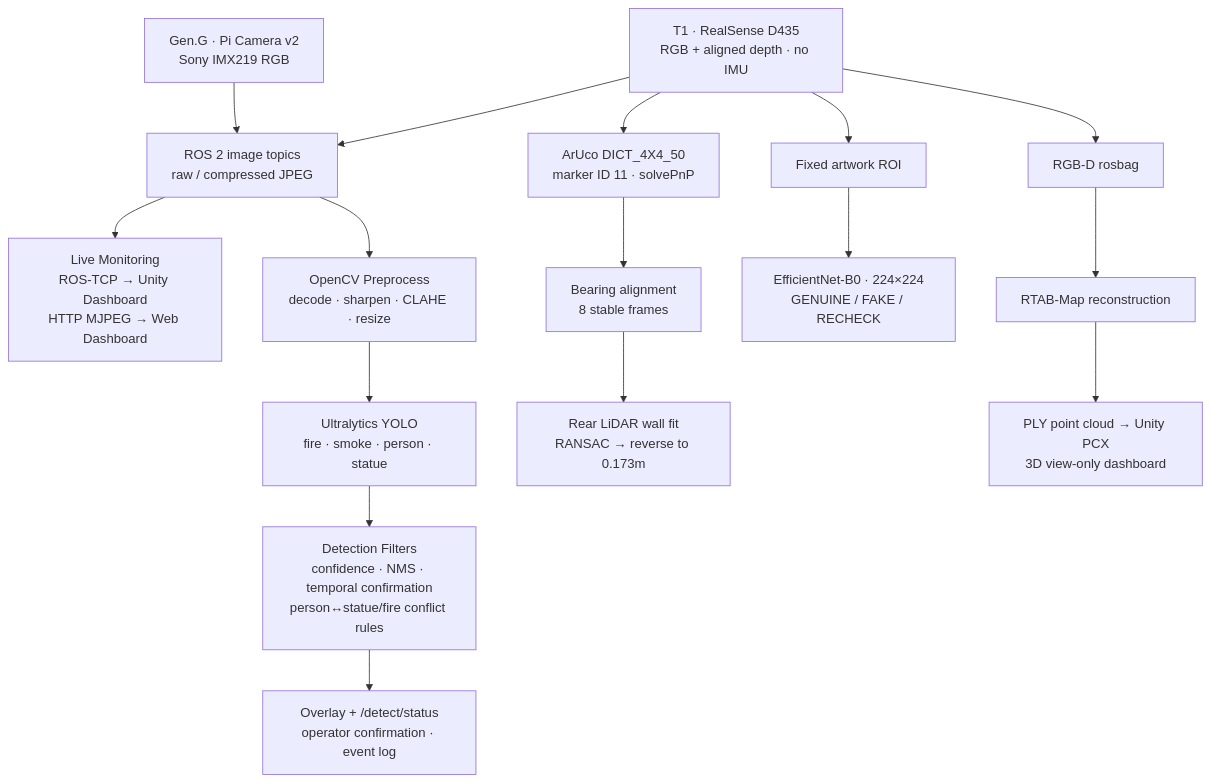
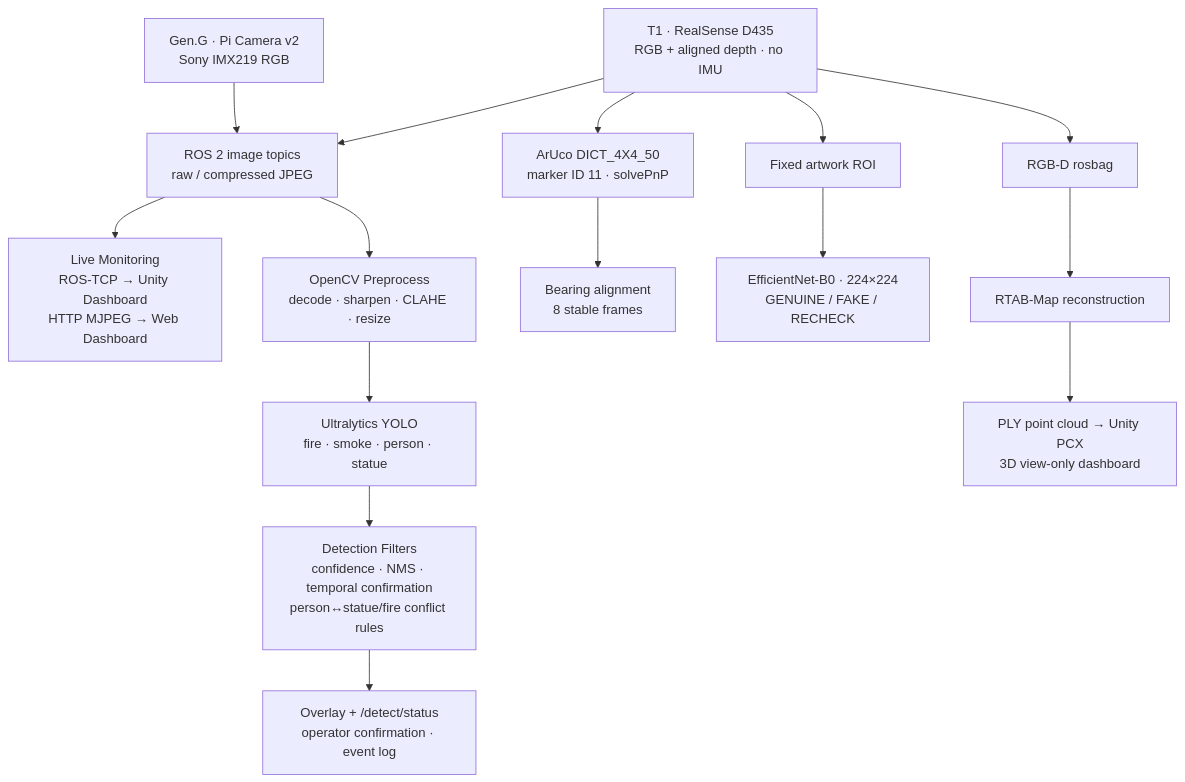
Before and after one commit to eduwing-robotics/ros2-ai-amr-repo2: the third of 3 diagrams in README.md, drawn with Mermaid. The commit also changed other lines of this file, not shown here.

Commit message:
docs: align navigation and vision status links

````diff
--- a/README.md
+++ b/README.md
@@ -249,39 +249,37 @@
 ```mermaid
 flowchart TD
     D435["T1 · RealSense D435<br/>RGB + aligned depth · no IMU"]
     PICAM["Gen.G · Pi Camera v2<br/>Sony IMX219 RGB"]
     ROSIMG["ROS 2 image topics<br/>raw / compressed JPEG"]
 
     LIVE["Live Monitoring<br/>ROS-TCP → Unity Dashboard<br/>HTTP MJPEG → Web Dashboard"]
     PRE["OpenCV Preprocess<br/>decode · sharpen · CLAHE · resize"]
     YOLO["Ultralytics YOLO<br/>fire · smoke · person · statue"]
     FILTER["Detection Filters<br/>confidence · NMS · temporal confirmation<br/>person↔statue/fire conflict rules"]
     EVENT["Overlay + /detect/status<br/>operator confirmation · event log"]
 
     ARUCO["ArUco DICT_4X4_50<br/>marker ID 11 · solvePnP"]
     ALIGN["Bearing alignment<br/>8 stable frames"]
-    REAR["Rear LiDAR wall fit<br/>RANSAC → reverse to 0.173m"]
 
     ROI["Fixed artwork ROI"]
     AUTH["EfficientNet-B0 · 224×224<br/>GENUINE / FAKE / RECHECK"]
 
     RGBD["RGB-D rosbag"]
     RTAB["RTAB-Map reconstruction"]
     CLOUD["PLY point cloud → Unity PCX<br/>3D view-only dashboard"]
 
     D435 --> ROSIMG
     PICAM --> ROSIMG
     ROSIMG --> LIVE
     ROSIMG --> PRE
     PRE --> YOLO
     YOLO --> FILTER
     FILTER --> EVENT
     D435 --> ARUCO
     ARUCO --> ALIGN
-    ALIGN --> REAR
     D435 --> ROI
     ROI --> AUTH
     D435 --> RGBD
     RGBD --> RTAB
     RTAB --> CLOUD
 ```
````
